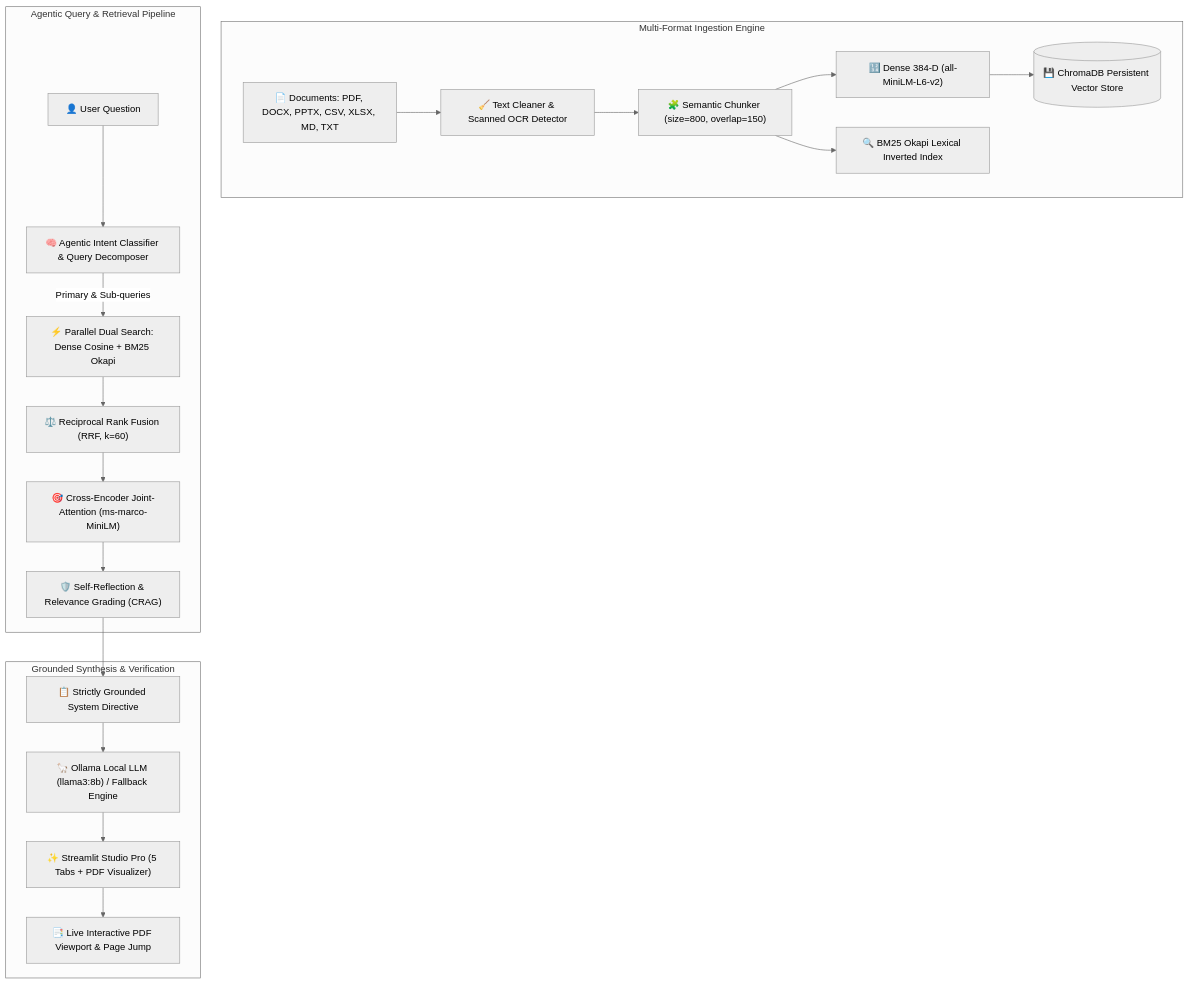
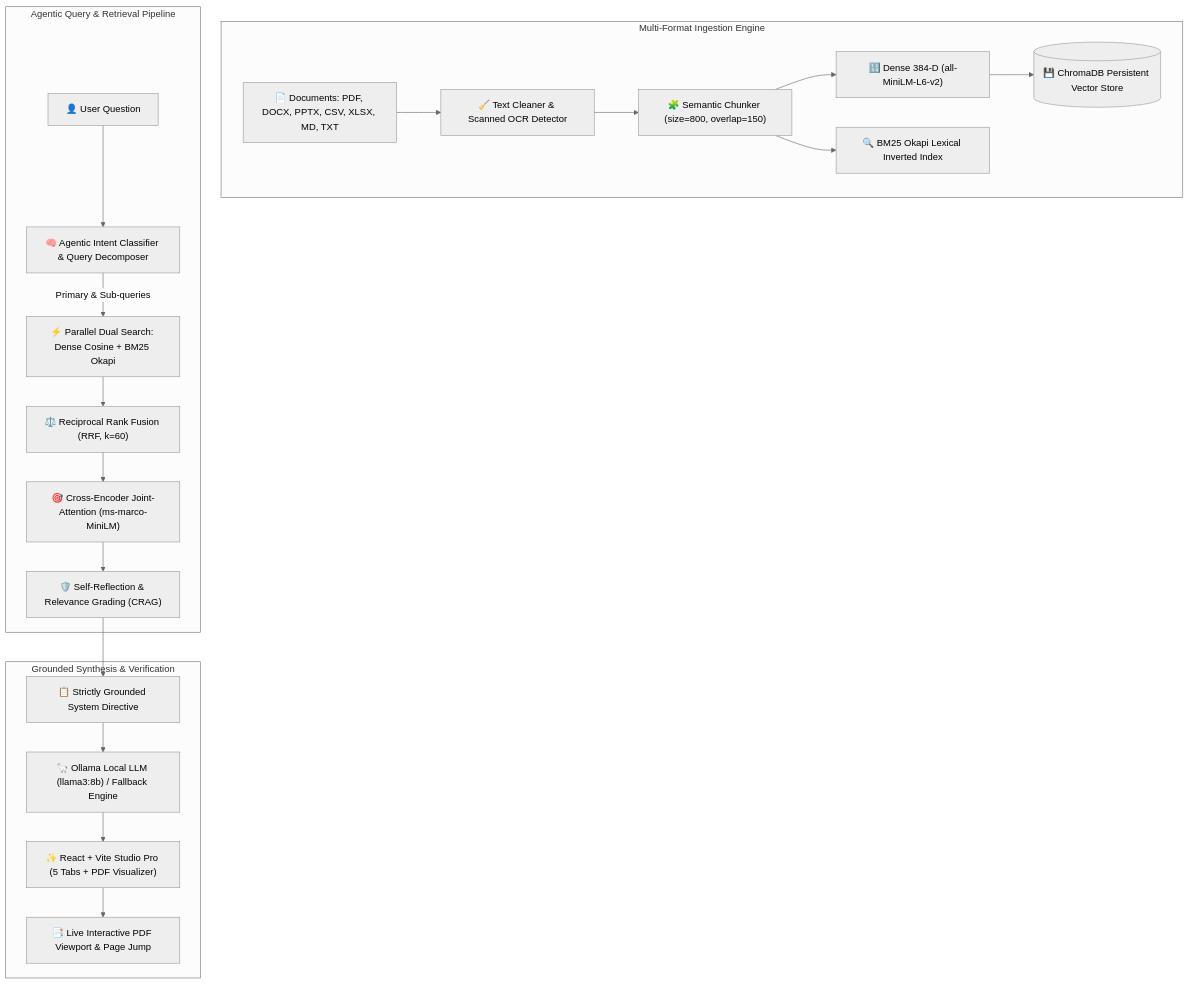
One commit to Ahmad-Salah-22/RAG-Powered-Document-Assistant- changed the diagram in PRESENTATION.md. Above: the diagram before and after it, drawn with Mermaid (neutral theme). The commit also changed other lines of this file and 39 other files, not shown here.

Commit message:
feat(frontend): migrate from Streamlit to React 19 + Vite Pro Studio

````diff
--- a/PRESENTATION.md
+++ b/PRESENTATION.md
@@ -58,25 +58,25 @@
 ```mermaid
 flowchart TD
     subgraph Multi-Format Ingestion Engine
         Docs["📄 Documents: PDF, DOCX, PPTX, CSV, XLSX, MD, TXT"] --> Parser["🧹 Text Cleaner & Scanned OCR Detector"]
         Parser --> Chunker["🧩 Semantic Chunker (size=800, overlap=150)"]
         Chunker --> Embeddings["🔢 Dense 384-D (all-MiniLM-L6-v2)"]
         Chunker --> LexicalIndex["🔍 BM25 Okapi Lexical Inverted Index"]
         Embeddings --> ChromaDB[("💾 ChromaDB Persistent Vector Store")]
     end
 
     subgraph Agentic Query & Retrieval Pipeline
         Query["👤 User Question"] --> Router["🧠 Agentic Intent Classifier & Query Decomposer"]
         Router -->|Primary & Sub-queries| DualSearch["⚡ Parallel Dual Search: Dense Cosine + BM25 Okapi"]
         DualSearch --> RRF["⚖️ Reciprocal Rank Fusion (RRF, k=60)"]
         RRF --> ReRanker["🎯 Cross-Encoder Joint-Attention (ms-marco-MiniLM)"]
         ReRanker --> CRAG["🛡️ Self-Reflection & Relevance Grading (CRAG)"]
     end
 
     subgraph Grounded Synthesis & Verification
         CRAG --> Prompt["📋 Strictly Grounded System Directive"]
         Prompt --> Ollama["🦙 Ollama Local LLM (llama3:8b) / Fallback Engine"]
-        Ollama --> UI["✨ Streamlit Studio Pro (5 Tabs + PDF Visualizer)"]
+        Ollama --> UI["✨ React + Vite Studio Pro (5 Tabs + PDF Visualizer)"]
         UI --> PDFViewer["📑 Live Interactive PDF Viewport & Page Jump"]
     end
 ```
````
